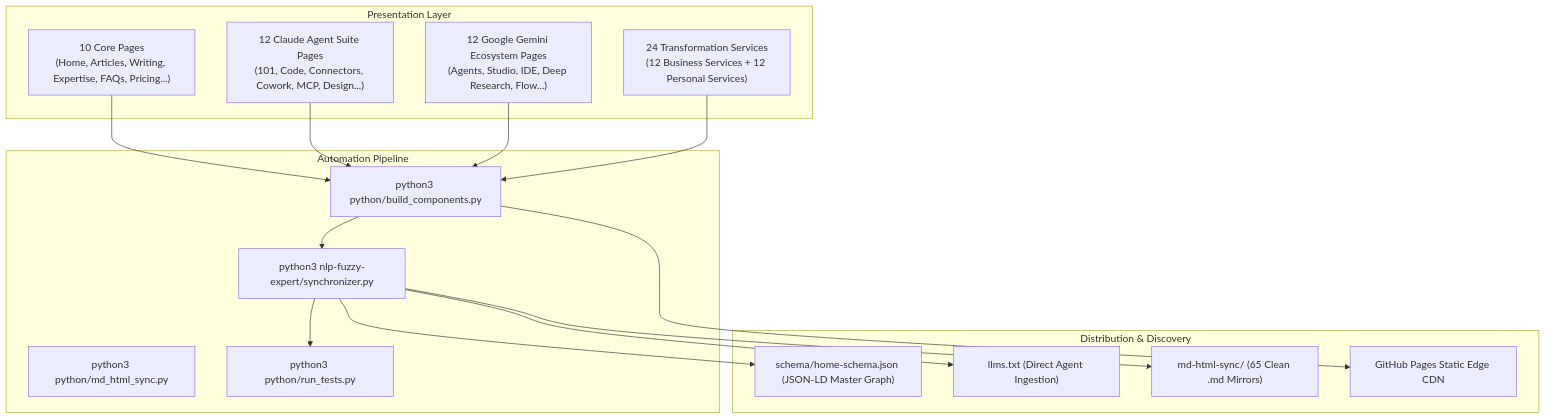
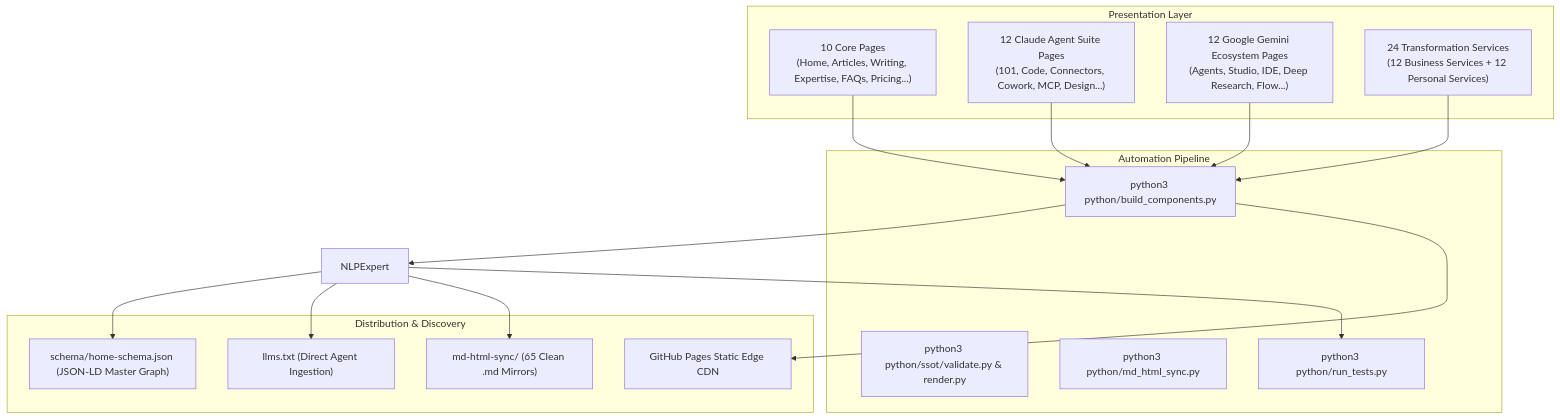
Before and after one commit to thomascherickal/thomascherickal.github.io: the second of 2 diagrams in README.md, drawn with Mermaid. The commit also changed other lines of this file and 143 other files, not shown here.

````diff
--- a/README.md
+++ b/README.md
@@ -156,34 +156,34 @@
 ```mermaid
 graph TD
   subgraph Presentation Layer
     CorePages["10 Core Pages<br/>(Home, Articles, Writing, Expertise, FAQs, Pricing...)"]
     ClaudePages["12 Claude Agent Suite Pages<br/>(101, Code, Connectors, Cowork, MCP, Design...)"]
     GeminiPages["12 Google Gemini Ecosystem Pages<br/>(Agents, Studio, IDE, Deep Research, Flow...)"]
     ServicePages["24 Transformation Services<br/>(12 Business Services + 12 Personal Services)"]
   end
 
   subgraph Automation Pipeline
     Build["python3 python/build_components.py"]
-    NLPExpert["python3 nlp-fuzzy-expert/synchronizer.py"]
+    SSOT["python3 python/ssot/validate.py & render.py"]
     Sync["python3 python/md_html_sync.py"]
     Tests["python3 python/run_tests.py"]
   end
 
   subgraph Distribution & Discovery
     Schema["schema/home-schema.json (JSON-LD Master Graph)"]
     LLMSTxt["llms.txt (Direct Agent Ingestion)"]
     Markdown["md-html-sync/ (65 Clean .md Mirrors)"]
     Edge["GitHub Pages Static Edge CDN"]
   end
 
   CorePages --> Build
   ClaudePages --> Build
   GeminiPages --> Build
   ServicePages --> Build
   Build --> NLPExpert
   NLPExpert --> Schema
   NLPExpert --> LLMSTxt
   NLPExpert --> Markdown
   NLPExpert --> Tests
   Build --> Edge
 ```
````
